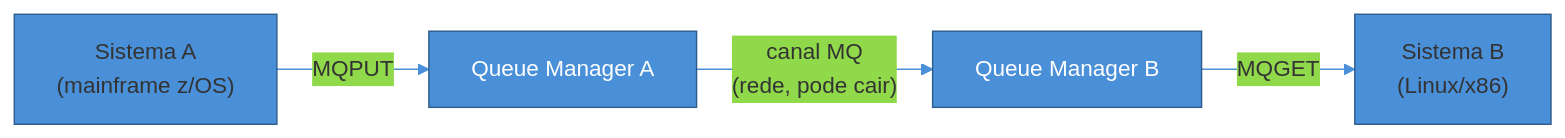
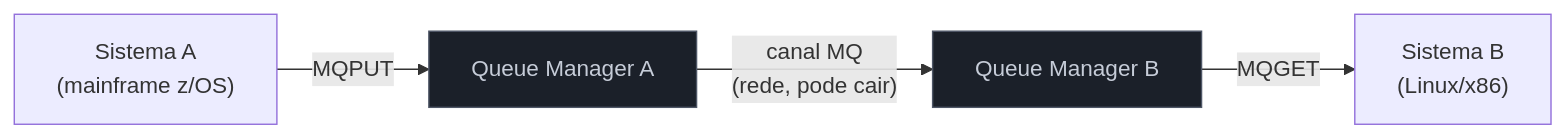
One commit to josenaldo/codex-technomanticus changed the second of 3 diagrams in 03-Dominios/Engenharia/Comunicação entre Sistemas/4 - Comunicação assíncrona/05 - Legado e padrões enterprise.md. Above: the diagram before and after it, drawn with Mermaid. The commit also changed other lines of this file and 1181 other files, not shown here.

First line of the commit message:
fix(diagramas): paleta do sistema no lugar de cor cravada no markdown

````diff
--- a/03-Dominios/Engenharia/Comunicação entre Sistemas/4 - Comunicação assíncrona/05 - Legado e padrões enterprise.md
+++ b/03-Dominios/Engenharia/Comunicação entre Sistemas/4 - Comunicação assíncrona/05 - Legado e padrões enterprise.md
@@ -96,9 +95,9 @@
 ```mermaid
-%%{init: {"theme": "base", "themeVariables": {"primaryColor": "#4A90D9", "primaryBorderColor": "#2E5C8A", "lineColor": "#4A90D9"}}}%%
 graph LR
+    classDef neutro fill:#1B2029,stroke:#4E5666,color:#C6CCD8
     A["Sistema A<br/>(mainframe z/OS)"] -->|"MQPUT"| QA["Queue Manager A"]
     QA -->|"canal MQ<br/>(rede, pode cair)"| QB["Queue Manager B"]
     QB -->|"MQGET"| B["Sistema B<br/>(Linux/x86)"]
-    style QA fill:#4A90D9,color:#fff
-    style QB fill:#4A90D9,color:#fff
+    class QA neutro
+    class QB neutro
 ```
````
